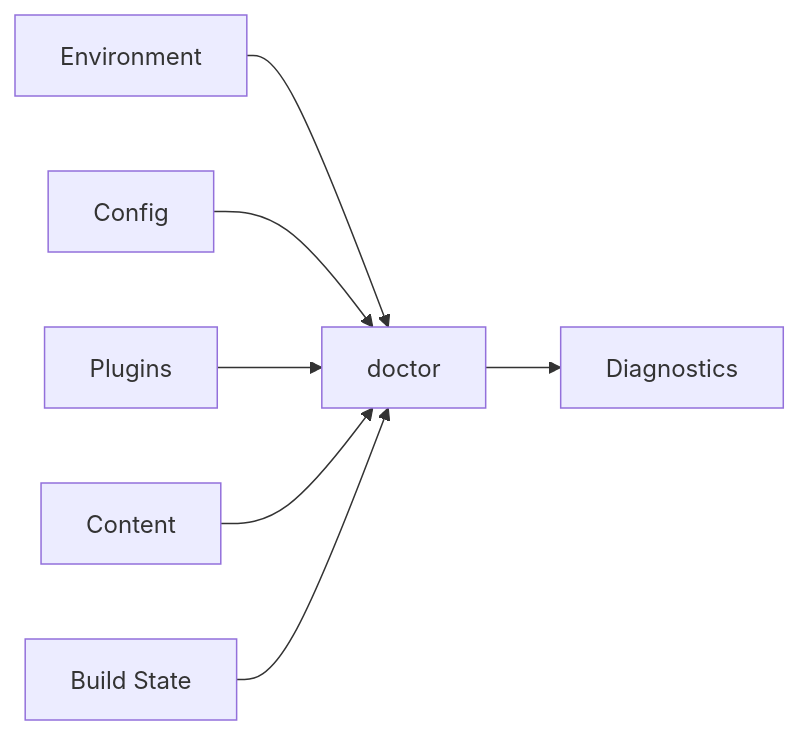
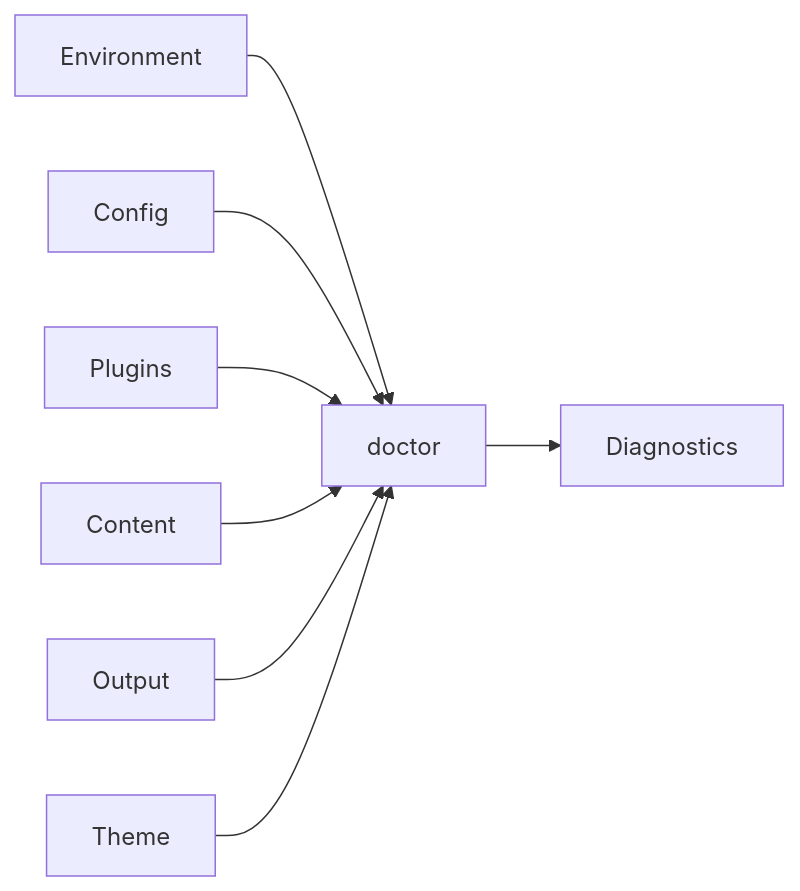
Before and after one commit to Rerurate514/riebeckite: the third of 6 diagrams in docs/docs/reference/cli.ja.md, drawn with Mermaid. The commit also changed other lines of this file and 3 other files, not shown here.

````diff
--- a/docs/docs/reference/cli.ja.md
+++ b/docs/docs/reference/cli.ja.md
@@ -316,16 +321,18 @@
 ```mermaid id="f8k3hz"
 flowchart LR
     Environment["Environment"]
     Config["Config"]
     Plugin["Plugins"]
     Content["Content"]
-    State["Build State"]
+    Output["Output"]
+    Theme["Theme"]
 
     Environment --> Doctor["doctor"]
     Config --> Doctor
     Plugin --> Doctor
     Content --> Doctor
-    State --> Doctor
+    Output --> Doctor
+    Theme --> Doctor
 
     Doctor --> Diagnostics["Diagnostics"]
 ```
````
